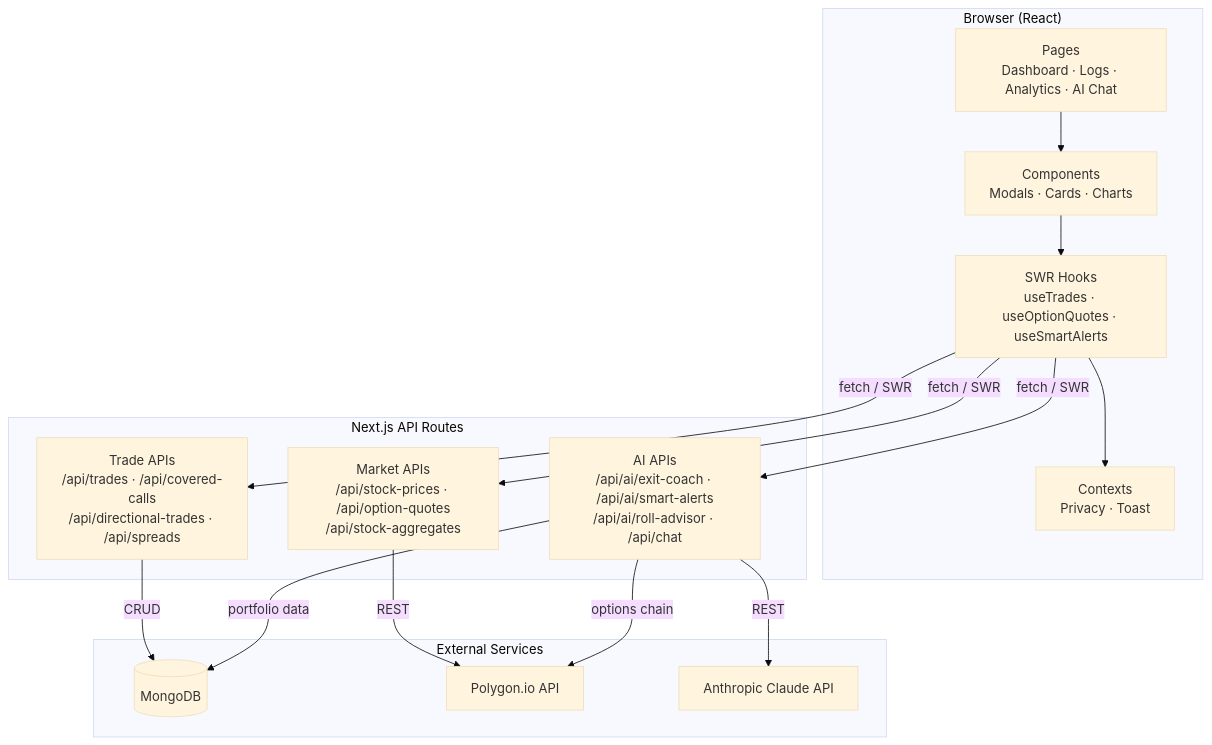
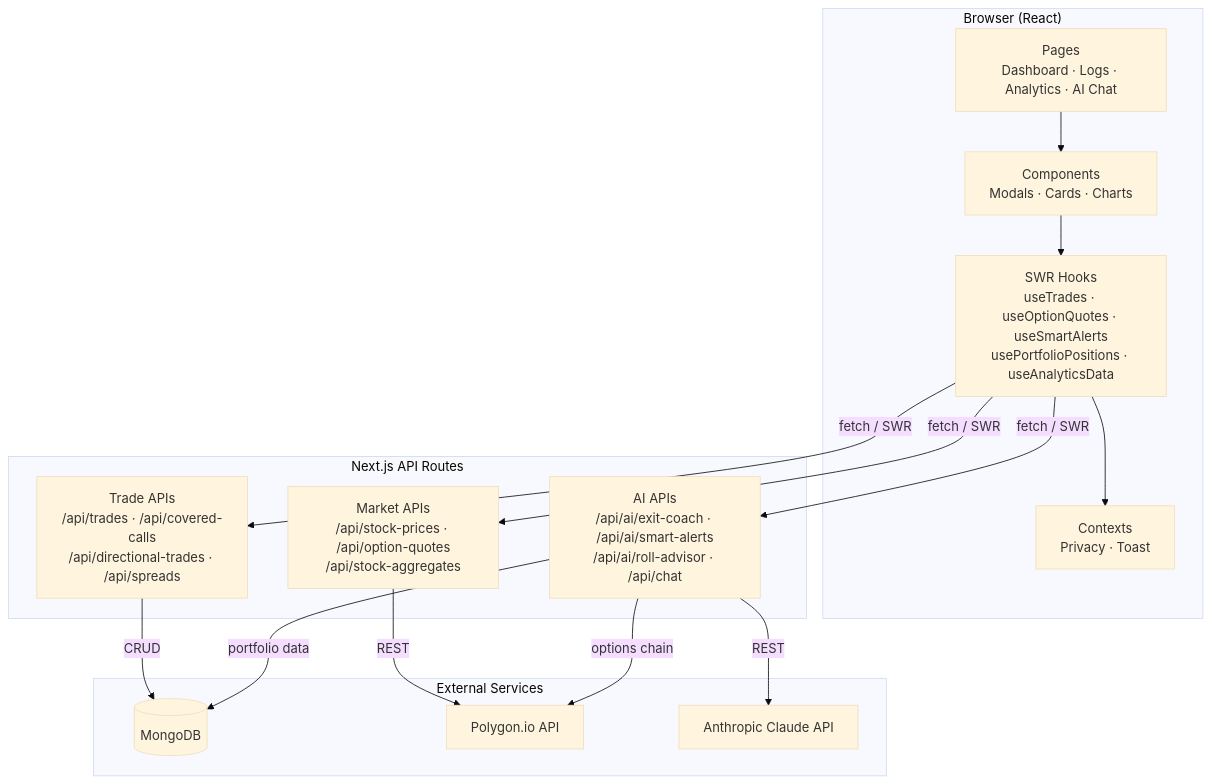
The first of 9 diagrams in docs/architecture.md (OptiTrade-AI/trading-dashboard), drawn with Mermaid (base theme) before and after one commit. The commit also changed other lines of this file and 4 other files, not shown here.

````diff
--- a/docs/architecture.md
+++ b/docs/architecture.md
@@ -9,33 +9,33 @@
 ```mermaid
 graph TB
     subgraph Client["Browser (React)"]
         Pages["Pages<br/>Dashboard · Logs · Analytics · AI Chat"]
         Components["Components<br/>Modals · Cards · Charts"]
-        Hooks["SWR Hooks<br/>useTrades · useOptionQuotes · useSmartAlerts"]
+        Hooks["SWR Hooks<br/>useTrades · useOptionQuotes · useSmartAlerts<br/>usePortfolioPositions · useAnalyticsData"]
         Contexts["Contexts<br/>Privacy · Toast"]
     end
 
     subgraph Server["Next.js API Routes"]
         TradeAPI["Trade APIs<br/>/api/trades · /api/covered-calls<br/>/api/directional-trades · /api/spreads"]
         MarketAPI["Market APIs<br/>/api/stock-prices · /api/option-quotes<br/>/api/stock-aggregates"]
         AIAPI["AI APIs<br/>/api/ai/exit-coach · /api/ai/smart-alerts<br/>/api/ai/roll-advisor · /api/chat"]
     end
 
     subgraph External["External Services"]
         MongoDB[(MongoDB)]
         Polygon["Polygon.io API"]
         Anthropic["Anthropic Claude API"]
     end
 
     Pages --> Components
     Components --> Hooks
     Hooks --> Contexts
     Hooks -->|fetch / SWR| TradeAPI
     Hooks -->|fetch / SWR| MarketAPI
     Hooks -->|fetch / SWR| AIAPI
     TradeAPI -->|CRUD| MongoDB
     MarketAPI -->|REST| Polygon
     AIAPI -->|REST| Anthropic
     AIAPI -->|portfolio data| MongoDB
     AIAPI -->|options chain| Polygon
 ```
````
